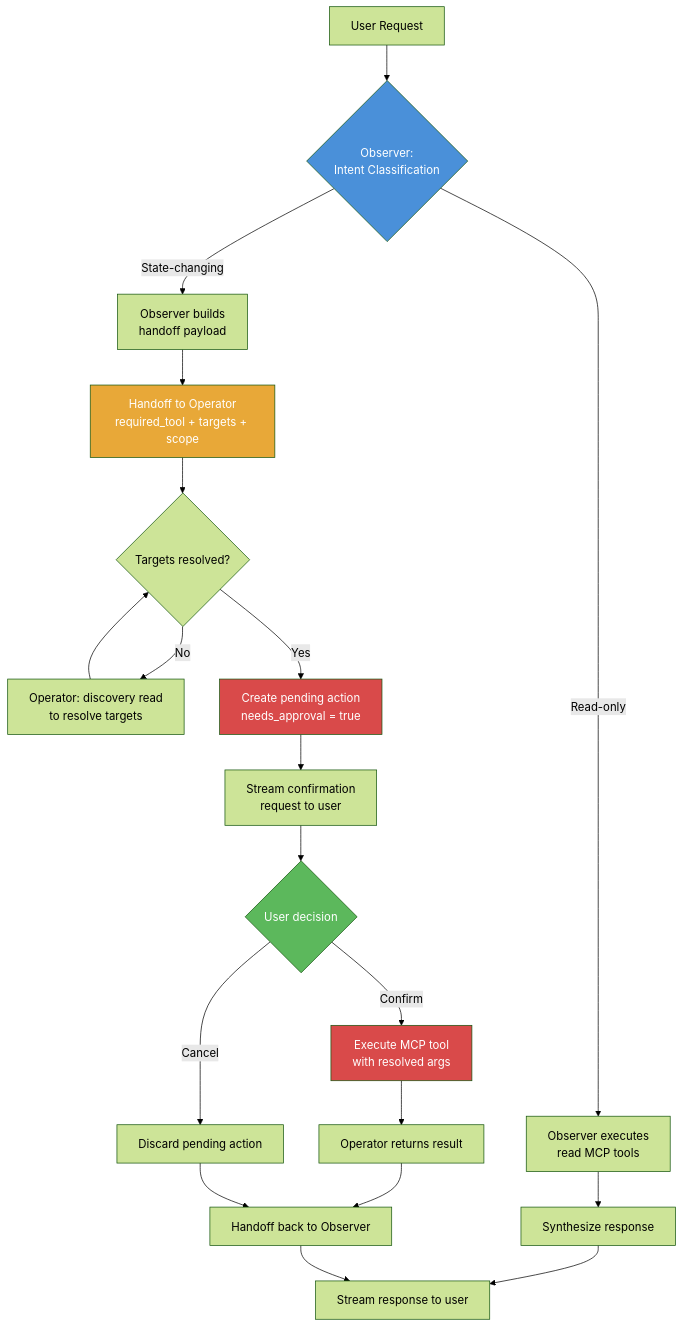
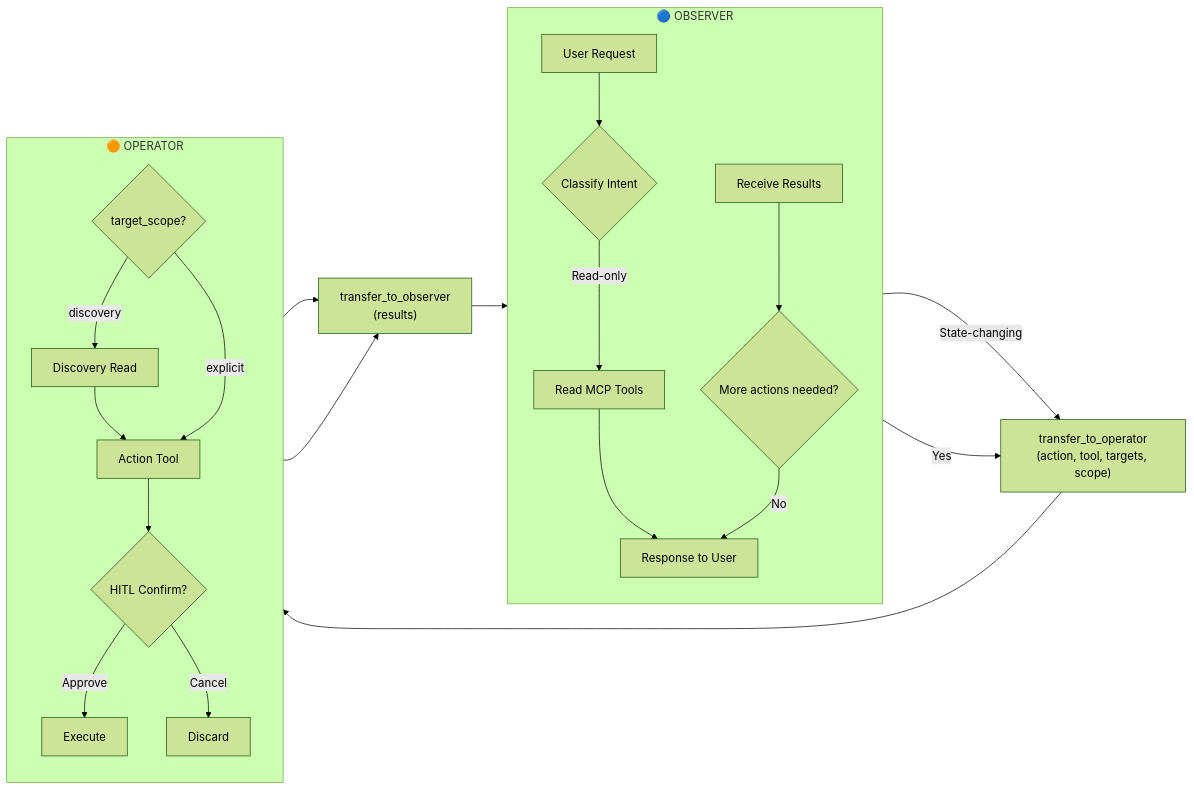
One commit to DanhNguyennene/capstone_project_final changed the diagram in report/observer_operator_flow.mmd. Above: the diagram before and after it, drawn with Mermaid (forest theme). The commit also changed 1221 other files, not shown here.

First line of the commit message:
cleanup: archive v1 artifacts + eval clutter + raw tool_args patches + 80/20 split

```diff
--- a/report/observer_operator_flow.mmd
+++ b/report/observer_operator_flow.mmd
@@ -1,31 +1,27 @@
-flowchart TD
-    A[User Request] --> B{Observer:<br/>Intent Classification}
-    
-    B -->|Read-only| C[Observer executes<br/>read MCP tools]
-    C --> D[Synthesize response]
-    D --> E[Stream response to user]
-    
-    B -->|State-changing| F[Observer builds<br/>handoff payload]
-    F --> G[Handoff to Operator<br/>required_tool + targets + scope]
-    
-    G --> H{Targets resolved?}
-    H -->|No| I[Operator: discovery read<br/>to resolve targets]
-    I --> H
-    H -->|Yes| J[Create pending action<br/>needs_approval = true]
-    
-    J --> K[Stream confirmation<br/>request to user]
-    K --> L{User decision}
-    
-    L -->|Confirm| M[Execute MCP tool<br/>with resolved args]
-    M --> N[Operator returns result]
-    N --> O[Handoff back to Observer]
-    O --> E
-    
-    L -->|Cancel| P[Discard pending action]
-    P --> O
+graph LR
+    subgraph OBSERVER["🔵 OBSERVER"]
+        direction TB
+        A[User Request] --> B{Classify Intent}
+        B -->|Read-only| C[Read MCP Tools]
+        C --> R[Response to User]
+        L2[Receive Results] --> B2{More actions needed?}
+        B2 -->|No| R
+    end
 
-    style B fill:#4a90d9,color:#fff
-    style G fill:#e8a838,color:#fff
-    style J fill:#d94a4a,color:#fff
-    style L fill:#5cb85c,color:#fff
-    style M fill:#d94a4a,color:#fff
+    subgraph OPERATOR["🟠 OPERATOR"]
+        direction TB
+        E{target_scope?}
+        E -->|discovery| F[Discovery Read]
+        F --> G[Action Tool]
+        E -->|explicit| G
+        G --> H{HITL Confirm?}
+        H -->|Approve| I[Execute]
+        H -->|Cancel| J[Discard]
+    end
+
+    B -->|"State-changing"| D["transfer_to_operator<br/>(action, tool, targets, scope)"]
+    D --> E
+    I --> L["transfer_to_observer<br/>(results)"]
+    J --> L
+    L --> L2
+    B2 -->|"Yes"| D
```
